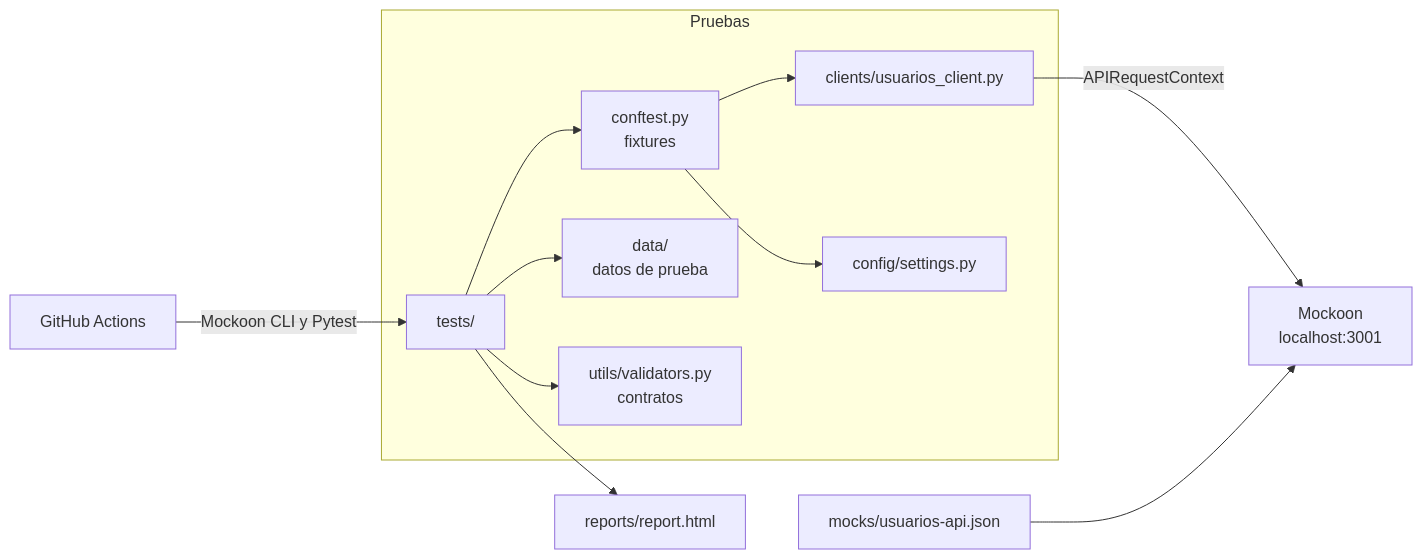
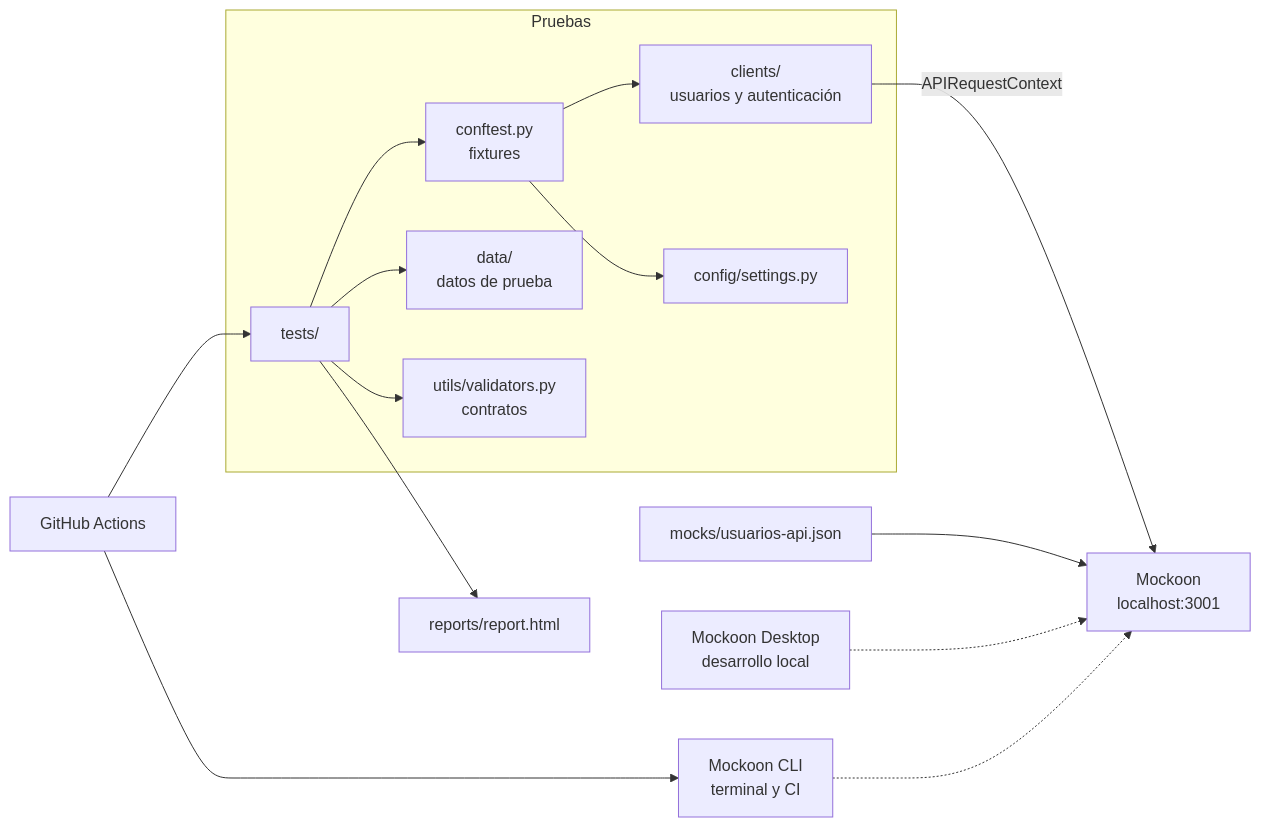
The diagram in README.md (RicardoPavezCatrileo/poc_api_rest_playwright_mockoon), drawn with Mermaid before and after one commit. The commit also changed other lines of this file and 3 other files, not shown here.

````diff
--- a/README.md
+++ b/README.md
@@ -30,14 +19,17 @@
 ```mermaid
 flowchart LR
     subgraph Pruebas
         T[tests/] --> F[conftest.py<br/>fixtures]
         T --> D[data/<br/>datos de prueba]
         T --> V[utils/validators.py<br/>contratos]
-        F --> C[clients/usuarios_client.py]
+        F --> C[clients/<br/>usuarios y autenticación]
         F --> S[config/settings.py]
     end
     C -->|APIRequestContext| M[Mockoon<br/>localhost:3001]
     E[mocks/usuarios-api.json] --> M
+    DK[Mockoon Desktop<br/>desarrollo local] -.-> M
+    CL[Mockoon CLI<br/>terminal y CI] -.-> M
     T --> R[reports/report.html]
-    GA[GitHub Actions] -->|Mockoon CLI y Pytest| T
+    GA[GitHub Actions] --> CL
+    GA --> T
 ```
````
